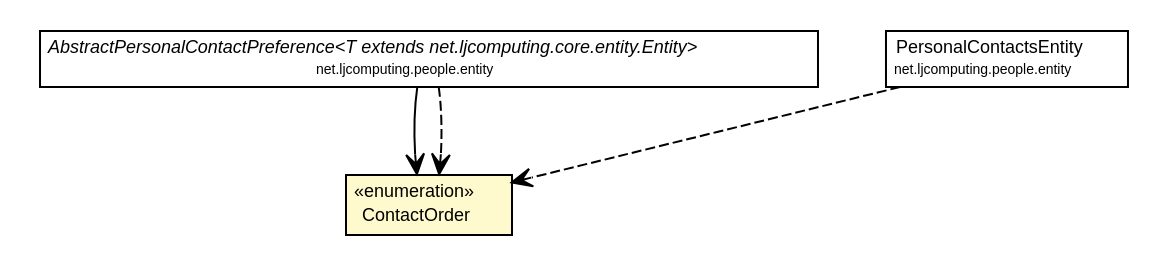
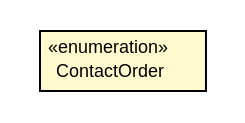
One commit to willmorejg/net.ljcomputing.ecsr changed the diagram in net.ljcomputing.people/docs/javadoc/apidocs/net/ljcomputing/people/domain/ContactOrder.dot. Above: the diagram before and after it, drawn with Graphviz. The commit also changed 295 other files, not shown here.

```diff
--- a/net.ljcomputing.people/docs/javadoc/apidocs/net/ljcomputing/people/domain/ContactOrder.dot
+++ b/net.ljcomputing.people/docs/javadoc/apidocs/net/ljcomputing/people/domain/ContactOrder.dot
@@ -1,39 +1,19 @@
 #!/usr/local/bin/dot
 #
 # Class diagram 
 # Generated by UMLGraph version R5_6 (http://www.umlgraph.org/)
 #
 
 digraph G {
 	edge [fontname="Helvetica",fontsize=10,labelfontname="Helvetica",labelfontsize=10];
 	node [fontname="Helvetica",fontsize=10,shape=plaintext];
 	nodesep=0.25;
 	ranksep=0.5;
-	// net.ljcomputing.people.entity.AbstractPersonalContactPreference<T extends net.ljcomputing.core.entity.Entity>
-	c470 [label=<<table title="net.ljcomputing.people.entity.AbstractPersonalContactPreference" border="0" cellborder="1" cellspacing="0" cellpadding="2" port="p" href="../entity/AbstractPersonalContactPreference.html">
-		<tr><td><table border="0" cellspacing="0" cellpadding="1">
-<tr><td align="center" balign="center"><font face="Helvetica-Oblique"> AbstractPersonalContactPreference&lt;T extends net.ljcomputing.core.entity.Entity&gt; </font></td></tr>
-<tr><td align="center" balign="center"><font point-size="7.0"> net.ljcomputing.people.entity </font></td></tr>
-		</table></td></tr>
-		</table>>, URL="../entity/AbstractPersonalContactPreference.html", fontname="Helvetica", fontcolor="black", fontsize=9.0];
-	// net.ljcomputing.people.entity.PersonalContactsEntity
-	c471 [label=<<table title="net.ljcomputing.people.entity.PersonalContactsEntity" border="0" cellborder="1" cellspacing="0" cellpadding="2" port="p" href="../entity/PersonalContactsEntity.html">
-		<tr><td><table border="0" cellspacing="0" cellpadding="1">
-<tr><td align="center" balign="center"> PersonalContactsEntity </td></tr>
-<tr><td align="center" balign="center"><font point-size="7.0"> net.ljcomputing.people.entity </font></td></tr>
-		</table></td></tr>
-		</table>>, URL="../entity/PersonalContactsEntity.html", fontname="Helvetica", fontcolor="black", fontsize=9.0];
 	// net.ljcomputing.people.domain.ContactOrder
-	c488 [label=<<table title="net.ljcomputing.people.domain.ContactOrder" border="0" cellborder="1" cellspacing="0" cellpadding="2" port="p" bgcolor="lemonChiffon" href="./ContactOrder.html">
+	c68 [label=<<table title="net.ljcomputing.people.domain.ContactOrder" border="0" cellborder="1" cellspacing="0" cellpadding="2" port="p" bgcolor="lemonChiffon" href="./ContactOrder.html">
 		<tr><td><table border="0" cellspacing="0" cellpadding="1">
 <tr><td align="center" balign="center"> &#171;enumeration&#187; </td></tr>
 <tr><td align="center" balign="center"> ContactOrder </td></tr>
 		</table></td></tr>
 		</table>>, URL="./ContactOrder.html", fontname="Helvetica", fontcolor="black", fontsize=9.0];
-	// net.ljcomputing.people.entity.AbstractPersonalContactPreference<T extends net.ljcomputing.core.entity.Entity> NAVASSOC net.ljcomputing.people.domain.ContactOrder
-	c470:p -> c488:p [taillabel="", label="", headlabel="", fontname="Helvetica", fontcolor="black", fontsize=10.0, color="black", arrowhead=open];
-	// net.ljcomputing.people.entity.AbstractPersonalContactPreference<T extends net.ljcomputing.core.entity.Entity> DEPEND net.ljcomputing.people.domain.ContactOrder
-	c470:p -> c488:p [taillabel="", label="", headlabel="", fontname="Helvetica", fontcolor="black", fontsize=10.0, color="black", arrowhead=open, style=dashed];
-	// net.ljcomputing.people.entity.PersonalContactsEntity DEPEND net.ljcomputing.people.domain.ContactOrder
-	c471:p -> c488:p [taillabel="", label="", headlabel="", fontname="Helvetica", fontcolor="black", fontsize=10.0, color="black", arrowhead=open, style=dashed];
 }
```
